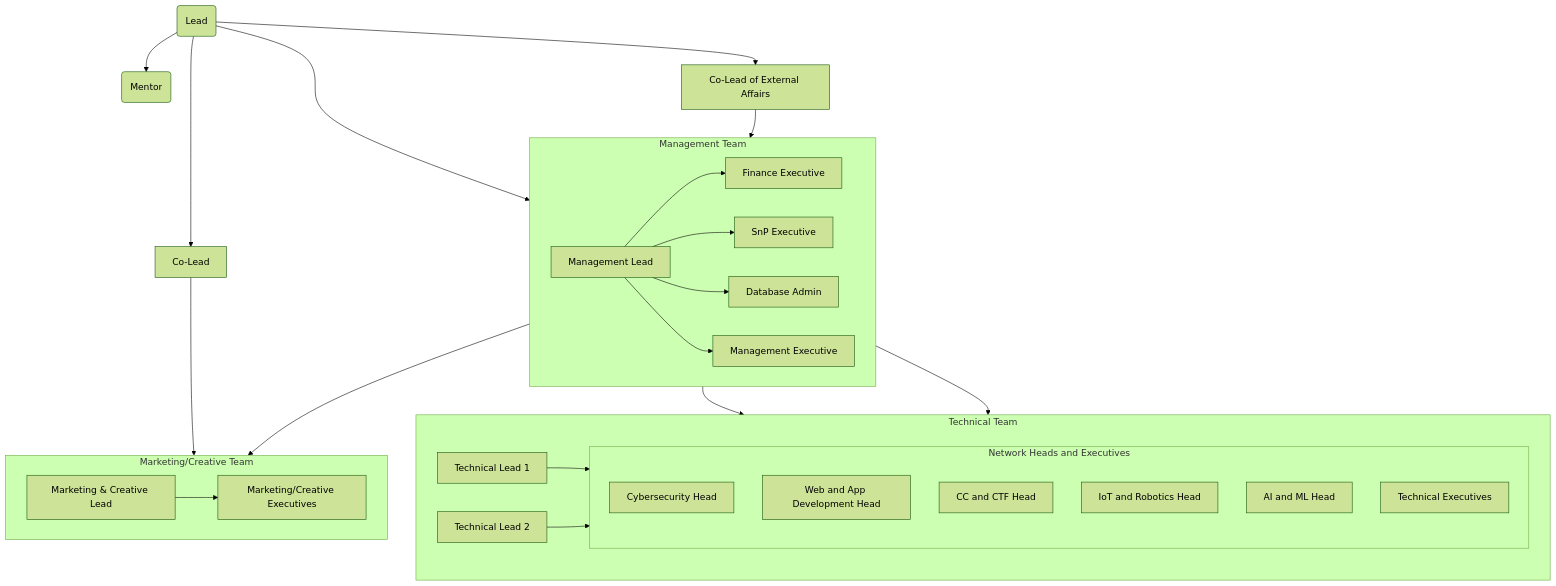
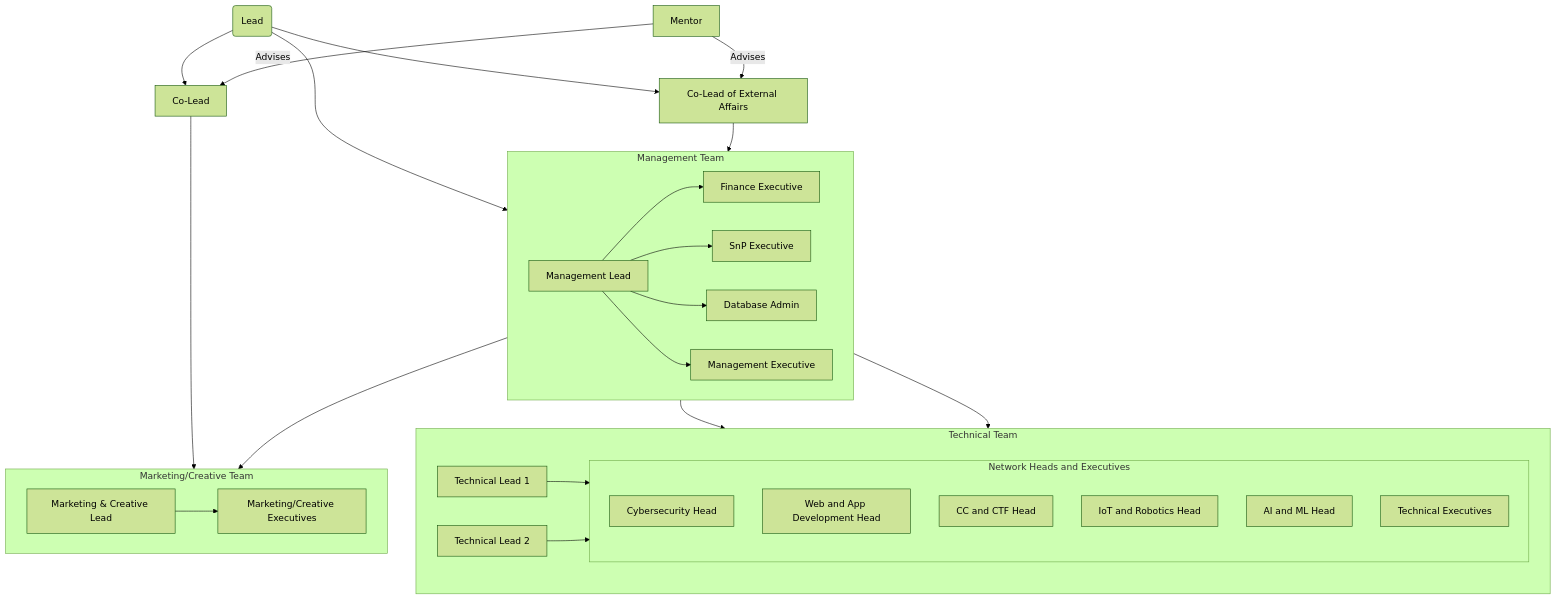
One commit to gdscbpdc/GDSC-SnP changed the diagram in docs/council_structure.md. Above: the diagram before and after it, drawn with Mermaid (forest theme).

Commit message:
Update council_structure.md
Roles of Mentor

````diff
--- a/docs/council_structure.md
+++ b/docs/council_structure.md
@@ -1,41 +1,42 @@
 ```mermaid
 flowchart TD
     LE("Lead") --> CO["Co-Lead"]
-    LE --> ME("Mentor")
     LE --> MGMT["Management Lead"]
     LE --> EX["Co-Lead of External Affairs"]
     MGMT --> TE1["Technical Lead 1"]
     MGMT --> TE2["Technical Lead 2"]
     MGMT --> MC["Marketing & Creative Lead"]
 
+    ME["Mentor"] --> |Advises| CO
+    ME --> |Advises| EX
     CO --> MC
     EX --> MGMT
 
     subgraph Management Team
         direction LR
         MGMT --> MG1["Finance Executive"]
         MGMT --> MG2["SnP Executive"]
         MGMT --> MG3["Database Admin"]
         MGMT --> MG4["Management Executive"]
     end
 
     subgraph Technical Team
         direction LR
         TE1 --> TSH
         TE2 --> TSH
         subgraph TSH["`Network Heads and Executives`"]
             direction TB
             TH1["Cybersecurity Head"]
             TH2["Web and App Development Head"]
             TH3["CC and CTF Head"]
             TH4["IoT and Robotics Head"]
             TH5["AI and ML Head"]
             TH6["Technical Executives"]
         end
     end
 
     subgraph Marketing/Creative Team
         direction LR
         MC --> TMC1["Marketing/Creative Executives"]
     end
 ```
````
